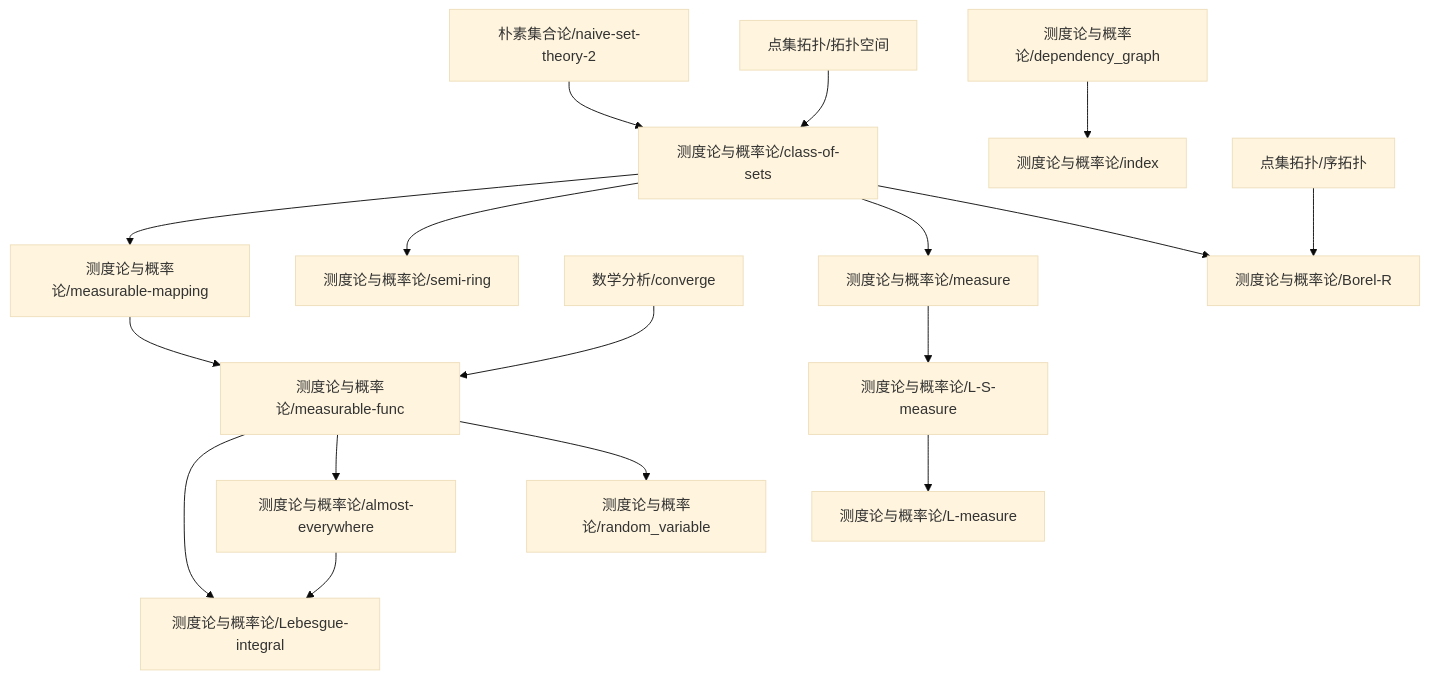
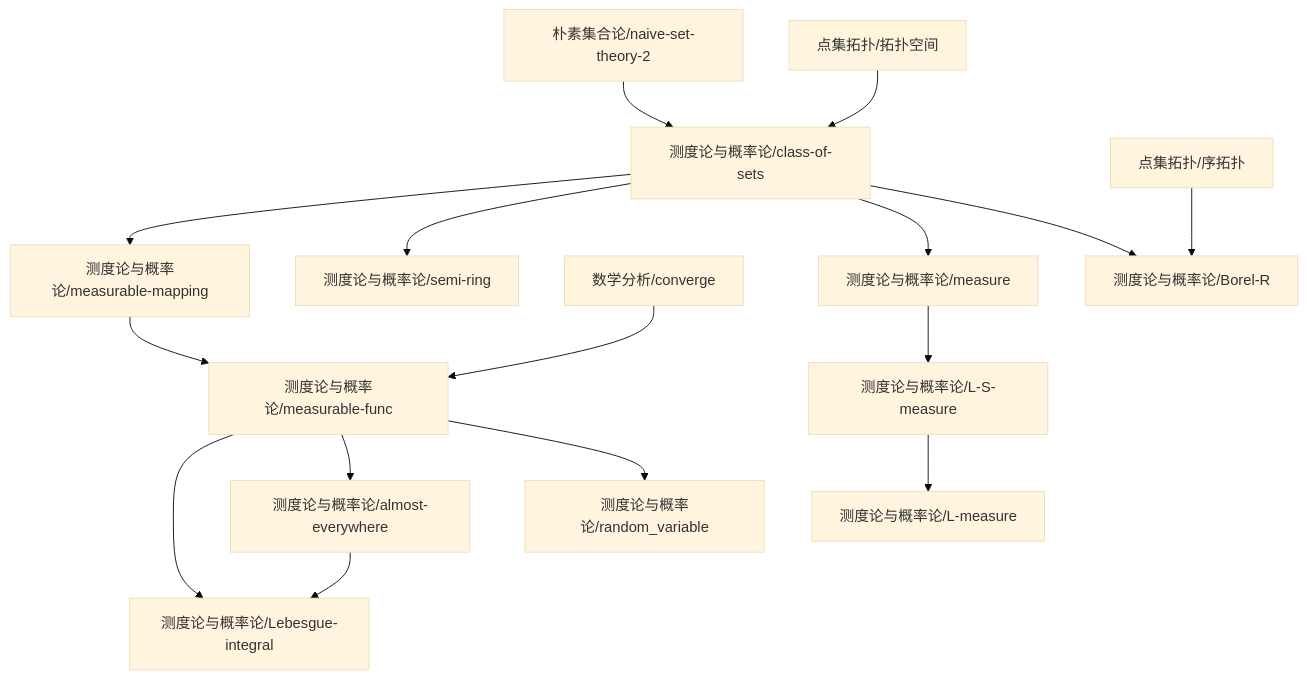
Before and after one commit to zeroDtree/zeroDtree.github.io: the diagram in content/测度论与概率论/dependency_graph.md, drawn with Mermaid (base theme). The commit also changed 17 other files, not shown here.

````diff
--- a/content/测度论与概率论/dependency_graph.md
+++ b/content/测度论与概率论/dependency_graph.md
@@ -1,19 +1,18 @@
 ```mermaid
 graph TD
 1["朴素集合论/naive-set-theory-2"] --> 0["测度论与概率论/class-of-sets"]
 2["点集拓扑/拓扑空间"] --> 0["测度论与概率论/class-of-sets"]
 4["测度论与概率论/measurable-func"] --> 3["测度论与概率论/Lebesgue-integral"]
 5["测度论与概率论/almost-everywhere"] --> 3["测度论与概率论/Lebesgue-integral"]
 0["测度论与概率论/class-of-sets"] --> 6["测度论与概率论/measurable-mapping"]
 8["测度论与概率论/measure"] --> 7["测度论与概率论/L-S-measure"]
 6["测度论与概率论/measurable-mapping"] --> 4["测度论与概率论/measurable-func"]
 9["数学分析/converge"] --> 4["测度论与概率论/measurable-func"]
 0["测度论与概率论/class-of-sets"] --> 10["测度论与概率论/semi-ring"]
 4["测度论与概率论/measurable-func"] --> 5["测度论与概率论/almost-everywhere"]
 4["测度论与概率论/measurable-func"] --> 11["测度论与概率论/random_variable"]
-13["测度论与概率论/dependency_graph"] --> 12["测度论与概率论/index"]
 0["测度论与概率论/class-of-sets"] --> 8["测度论与概率论/measure"]
-7["测度论与概率论/L-S-measure"] --> 14["测度论与概率论/L-measure"]
-0["测度论与概率论/class-of-sets"] --> 15["测度论与概率论/Borel-R"]
-16["点集拓扑/序拓扑"] --> 15["测度论与概率论/Borel-R"]
+7["测度论与概率论/L-S-measure"] --> 13["测度论与概率论/L-measure"]
+0["测度论与概率论/class-of-sets"] --> 14["测度论与概率论/Borel-R"]
+15["点集拓扑/序拓扑"] --> 14["测度论与概率论/Borel-R"]
 ```
````
